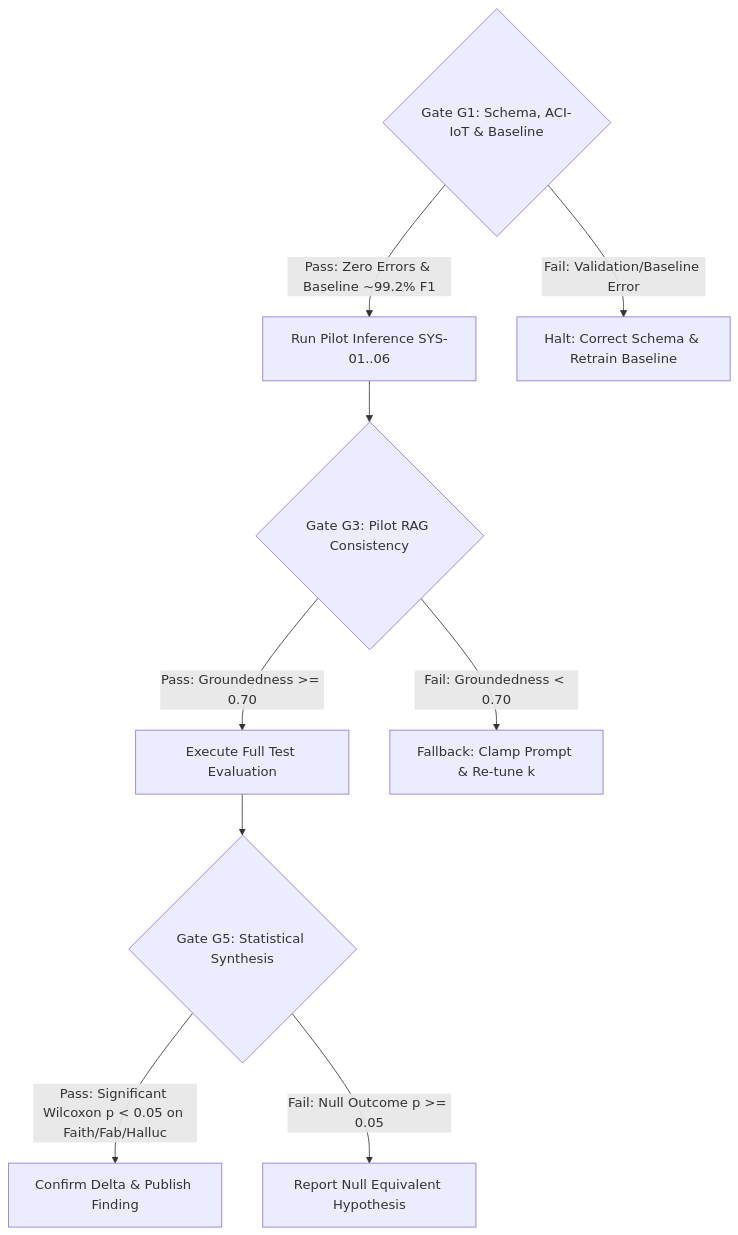
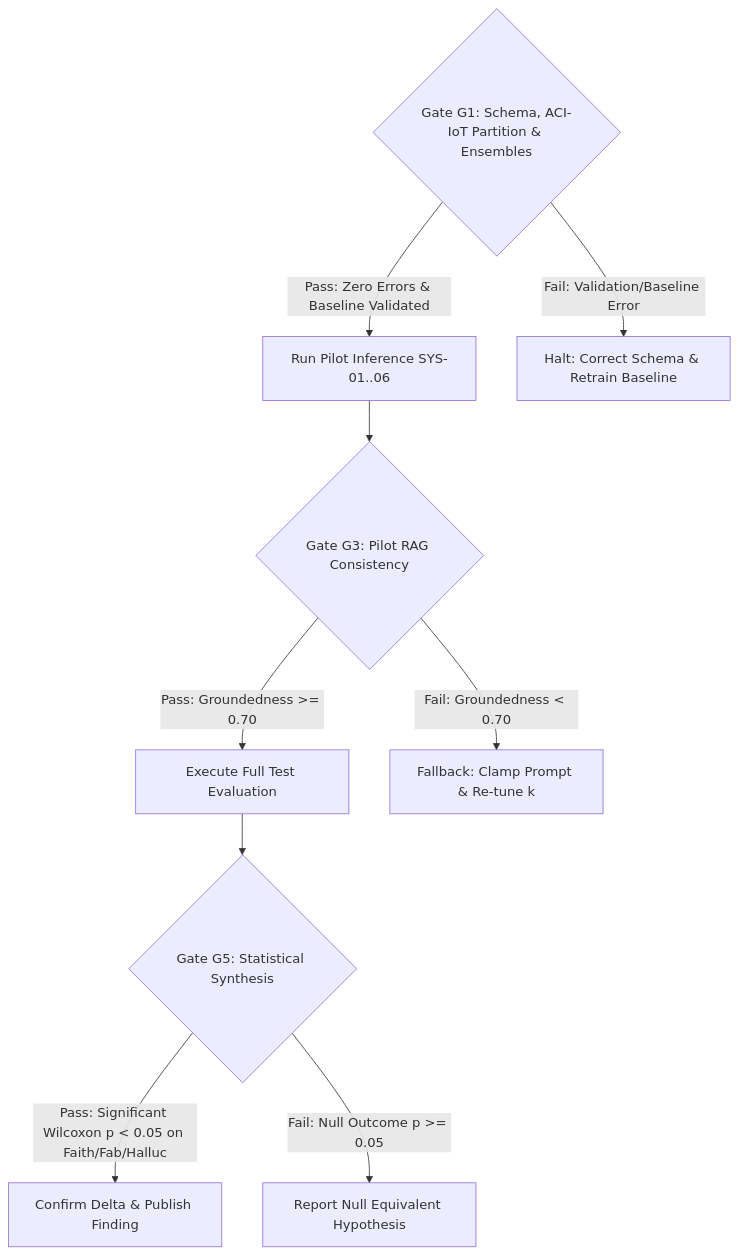
Before and after one commit to Git-Dileep/Project-CLARITY: the diagram in protocol/protocol_v1.md, drawn with Mermaid. The commit also changed other lines of this file and 36 other files, not shown here.

````diff
--- a/protocol/protocol_v1.md
+++ b/protocol/protocol_v1.md
@@ -126,11 +149,11 @@
 ```mermaid
 flowchart TD
-    G1{Gate G1: Schema, ACI-IoT & Baseline} -->|Pass: Zero Errors & Baseline ~99.2% F1| Exec[Run Pilot Inference SYS-01..06]
+    G1{Gate G1: Schema, ACI-IoT Partition & Ensembles} -->|Pass: Zero Errors & Baseline Validated| Exec[Run Pilot Inference SYS-01..06]
     G1 -->|Fail: Validation/Baseline Error| Hal1[Halt: Correct Schema & Retrain Baseline]
     Exec --> G3{Gate G3: Pilot RAG Consistency}
     G3 -->|Pass: Groundedness >= 0.70| Prod[Execute Full Test Evaluation]
     G3 -->|Fail: Groundedness < 0.70| FBack[Fallback: Clamp Prompt & Re-tune k]
     Prod --> G5{Gate G5: Statistical Synthesis}
     G5 -->|Pass: Significant Wilcoxon p < 0.05 on Faith/Fab/Halluc| Concl[Confirm Delta & Publish Finding]
     G5 -->|Fail: Null Outcome p >= 0.05| RepNull[Report Null Equivalent Hypothesis]
 ```
````
